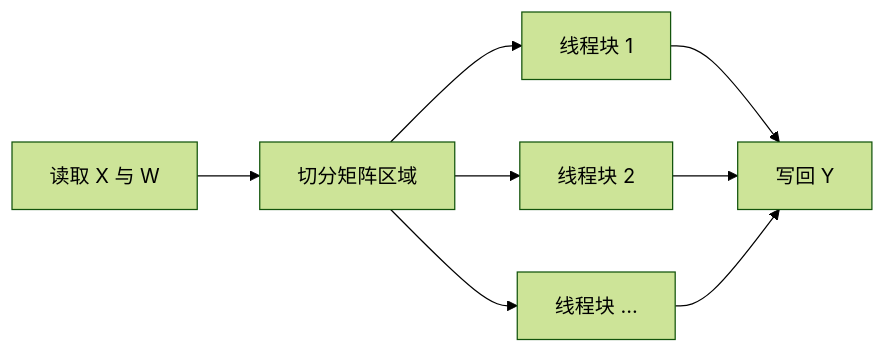
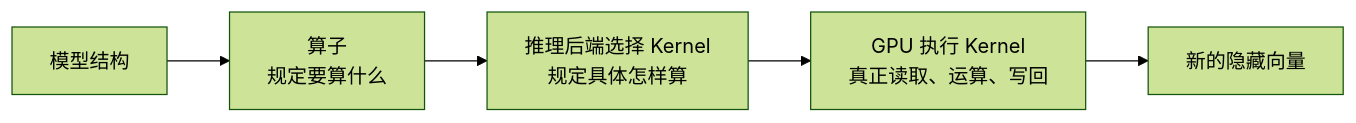
One commit to NealChristmas/LLM changed the second of 2 diagrams in courses/02-inference/d18-gpu-execution/README.md. Above: the diagram before and after it, drawn with Mermaid (forest theme). The commit also changed other lines of this file and 19 other files, not shown here.

````diff
--- a/courses/02-inference/d18-gpu-execution/README.md
+++ b/courses/02-inference/d18-gpu-execution/README.md
@@ -32,10 +58,7 @@
 ```mermaid
 flowchart LR
-    A["读取 X 与 W"] --> B["切分矩阵区域"]
-    B --> C1["线程块 1"]
-    B --> C2["线程块 2"]
-    B --> C3["线程块 …"]
-    C1 --> D["写回 Y"]
-    C2 --> D
-    C3 --> D
+    M["模型结构"] --> O["算子<br/>规定要算什么"]
+    O --> K["推理后端选择 Kernel<br/>规定具体怎样算"]
+    K --> G["GPU 执行 Kernel<br/>真正读取、运算、写回"]
+    G --> Y["新的隐藏向量"]
 ```
````
